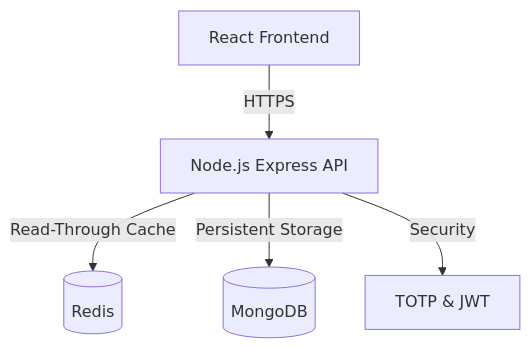
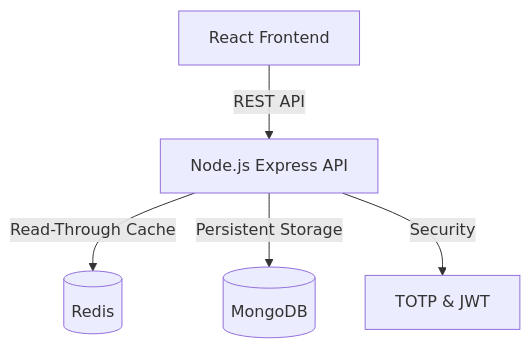
Before and after one commit to vinamras19/it-asset-management-portal: the first of 2 diagrams in README.md, drawn with Mermaid. The commit also changed other lines of this file, not shown here.

Commit message:
docs: fix in architecture diagram

````diff
--- a/README.md
+++ b/README.md
@@ -25,7 +25,7 @@
 ```mermaid
 graph TD
-    Client[React Frontend] -->|HTTPS| API[Node.js Express API]
+    Client[React Frontend] -->|REST API| API[Node.js Express API]
     API -->|Read-Through Cache| Cache[(Redis)]
     API -->|Persistent Storage| DB[(MongoDB)]
     API -->|Security| Auth[TOTP & JWT]
 ```
````
